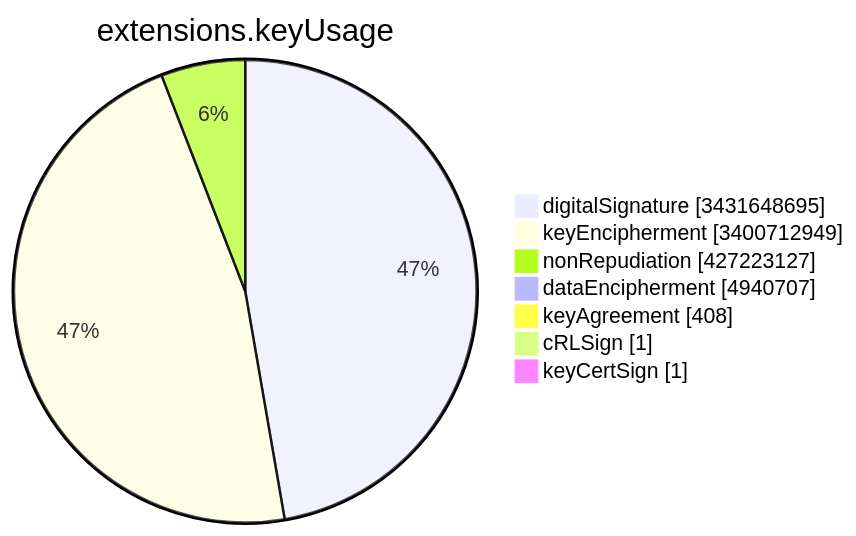
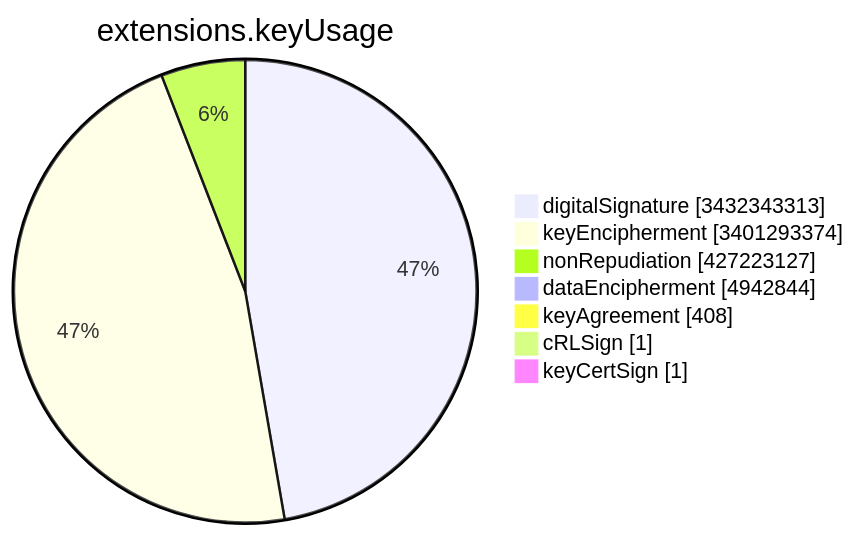
One commit to christiankrug/ctmonitor_visualization changed the sixth of 15 diagrams in TOTAL/README.md. Above: the diagram before and after it, drawn with Mermaid. The commit also changed other lines of this file, not shown here.

````diff
--- a/TOTAL/README.md
+++ b/TOTAL/README.md
@@ -3081,11 +3081,11 @@
 ```mermaid
 pie showData
 title extensions.keyUsage
-"digitalSignature" :3431648695
-"keyEncipherment" :3400712949
+"digitalSignature" :3432343313
+"keyEncipherment" :3401293374
 "nonRepudiation" :427223127
-"dataEncipherment" :4940707
+"dataEncipherment" :4942844
 "keyAgreement" :408
 "cRLSign" :1
 "keyCertSign" :1
 ```
````
